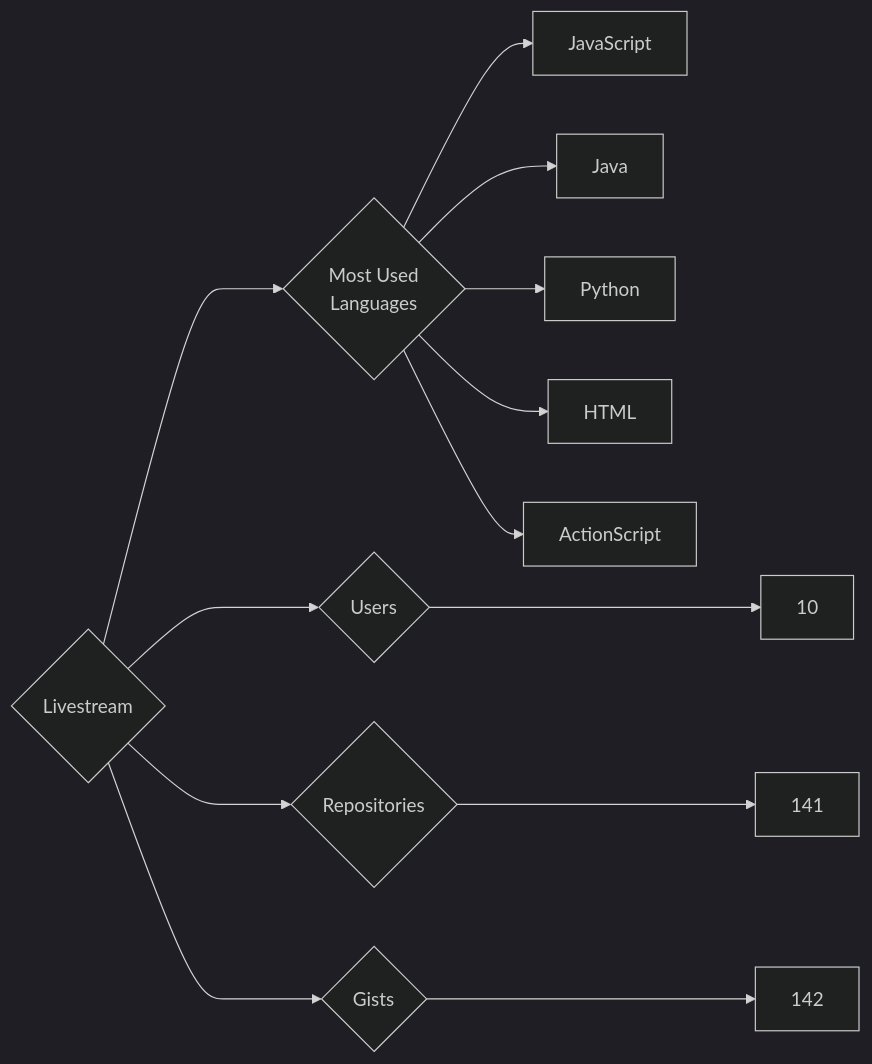
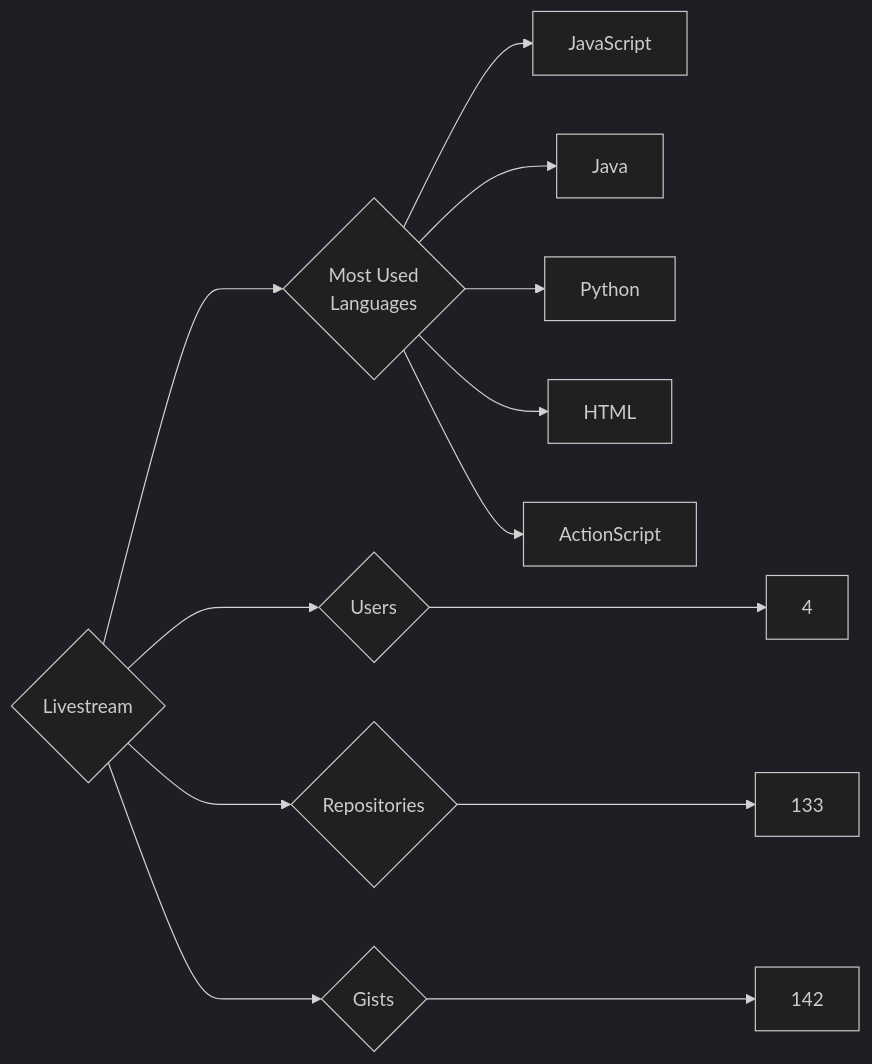
One commit to trickest/insiders changed the diagram in targets/Livestream/README.md. Above: the diagram before and after it, drawn with Mermaid (dark theme). The commit also changed 944 other files, not shown here.

````diff
--- a/targets/Livestream/README.md
+++ b/targets/Livestream/README.md
@@ -3,13 +3,13 @@
 ```mermaid
 graph LR
 COMPANY_NAME{Livestream}
-COMPANY_NAME ---> U{Users} ---> UN[10]
-COMPANY_NAME ---> R{Repositories} ---> RN[141]
+COMPANY_NAME ---> U{Users} ---> UN[4]
+COMPANY_NAME ---> R{Repositories} ---> RN[133]
 COMPANY_NAME ---> G{Gists} ---> GN[142]
 COMPANY_NAME ---> ML{Most Used<br>Languages}
 ML --> JavaScript[JavaScript]
 ML --> Java[Java]
 ML --> Python[Python]
 ML --> HTML[HTML]
 ML --> ActionScript[ActionScript]
 ```
````
